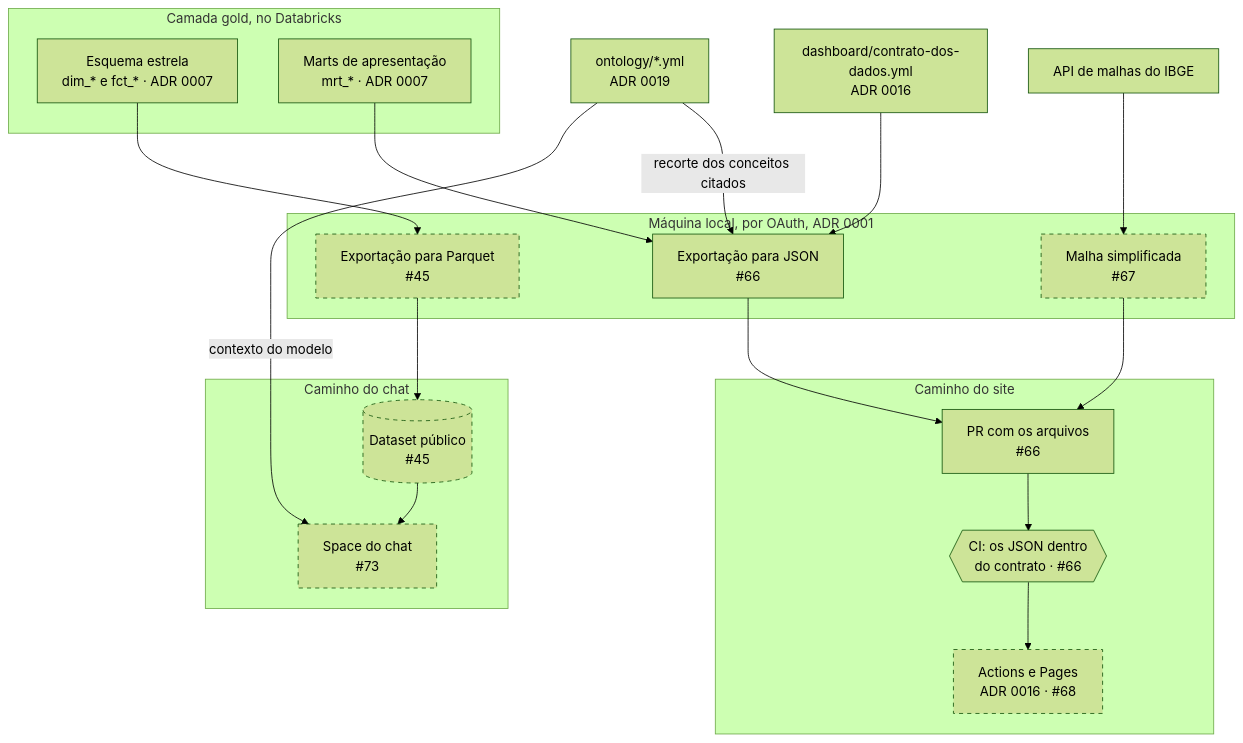
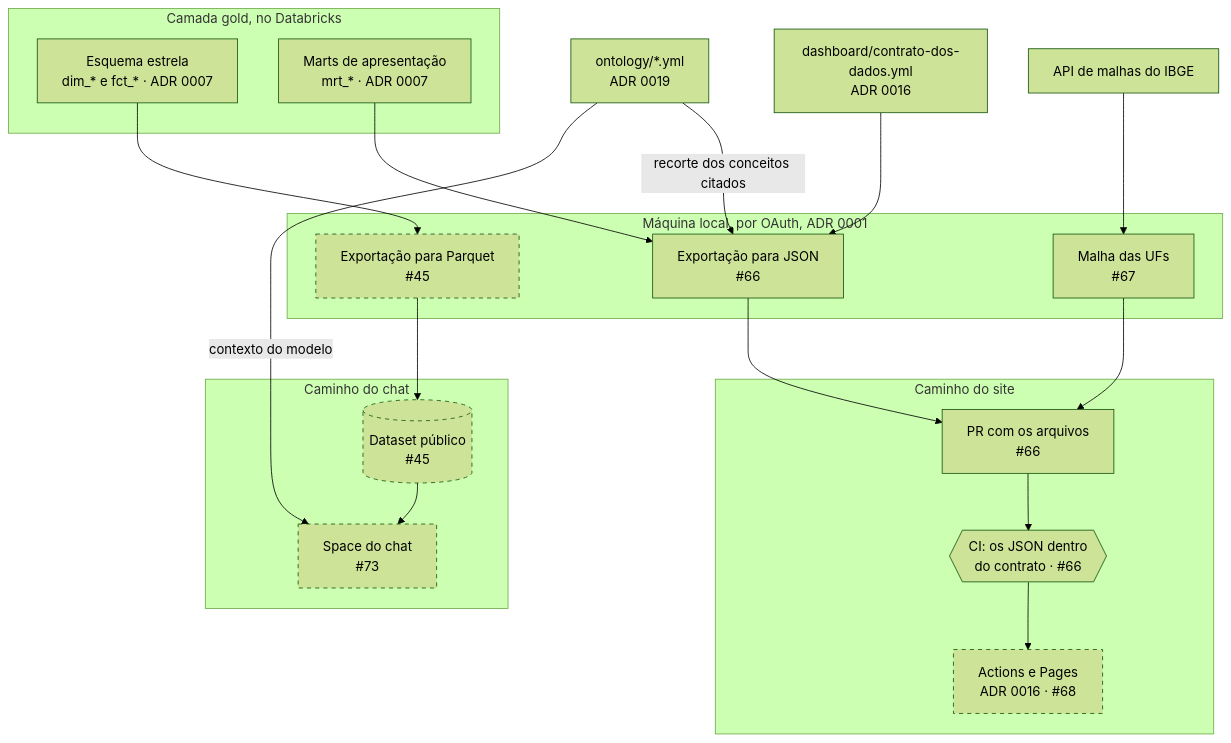
One commit to RCHRDYv/bcb-credito-governanca changed the third of 4 diagrams in docs/dashboard/arquitetura.md. Above: the diagram before and after it, drawn with Mermaid (forest theme). The commit also changed other lines of this file and 4 other files, not shown here.

First line of the commit message:
Documentacao da malha das UFs

````diff
--- a/docs/dashboard/arquitetura.md
+++ b/docs/dashboard/arquitetura.md
@@ -115,40 +115,40 @@
 ```mermaid
 flowchart TB
     subgraph goldbox["Camada gold, no Databricks"]
         estrela["Esquema estrela<br/>dim_* e fct_* · ADR 0007"]
         mrt["Marts de apresentação<br/>mrt_* · ADR 0007"]
     end
 
     ontologia["ontology/*.yml<br/>ADR 0019"]
     contrato["dashboard/contrato-dos-dados.yml<br/>ADR 0016"]
     ibge["API de malhas do IBGE"]
 
     subgraph maquina["Máquina local, por OAuth, ADR 0001"]
         expjson["Exportação para JSON<br/>#66"]
         expparquet["Exportação para Parquet<br/>#45"]
-        simplifica["Malha simplificada<br/>#67"]
+        geradormalha["Malha das UFs<br/>#67"]
     end
 
     subgraph caminhosite["Caminho do site"]
         pr["PR com os arquivos<br/>#66"]
         ci{{"CI: os JSON dentro<br/>do contrato · #66"}}
         pages["Actions e Pages<br/>ADR 0016 · #68"]
     end
 
     subgraph caminhochat["Caminho do chat"]
         dataset[("Dataset público<br/>#45")]
         space["Space do chat<br/>#73"]
     end
 
     mrt --> expjson
     contrato --> expjson
     ontologia -- "recorte dos conceitos citados" --> expjson
     expjson --> pr
-    ibge --> simplifica --> pr
+    ibge --> geradormalha --> pr
     pr --> ci --> pages
     estrela --> expparquet --> dataset --> space
     ontologia -- "contexto do modelo" --> space
 
     classDef planejado stroke-dasharray: 5 5
-    class expparquet,simplifica,pages,dataset,space planejado
+    class expparquet,pages,dataset,space planejado
 ```
````
